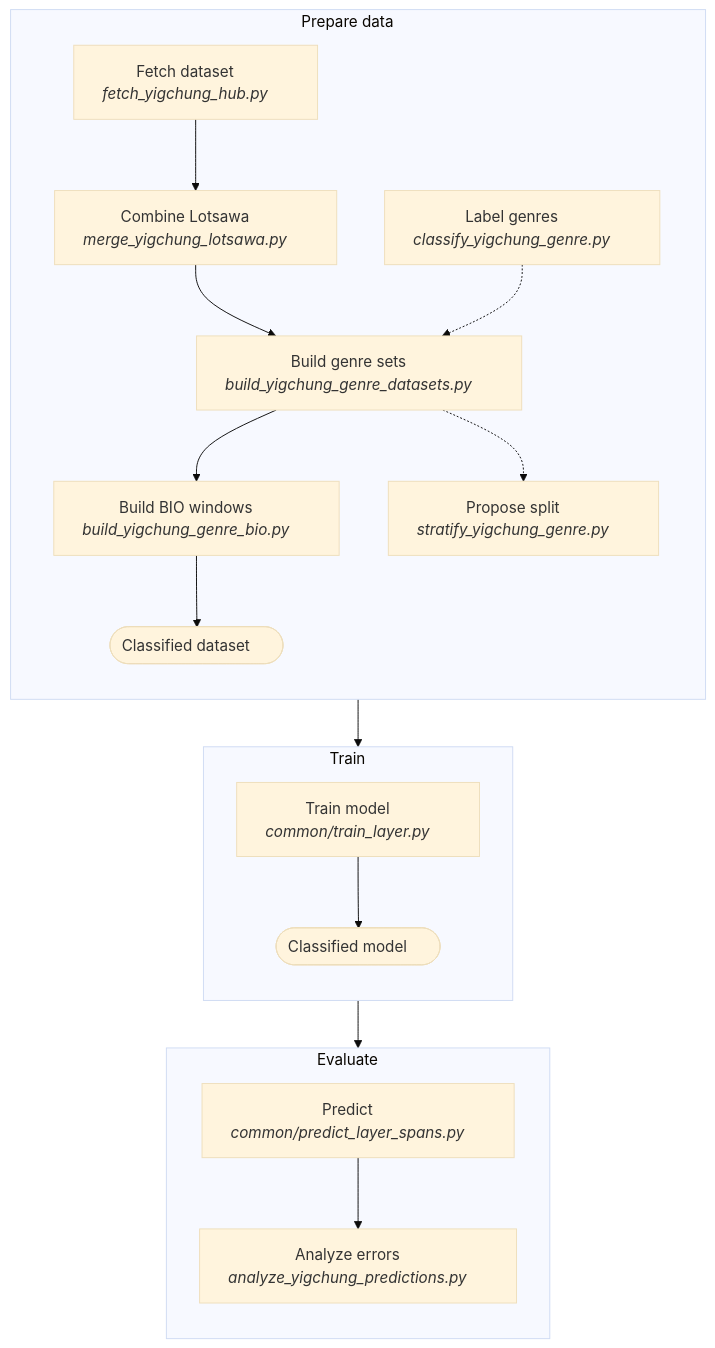
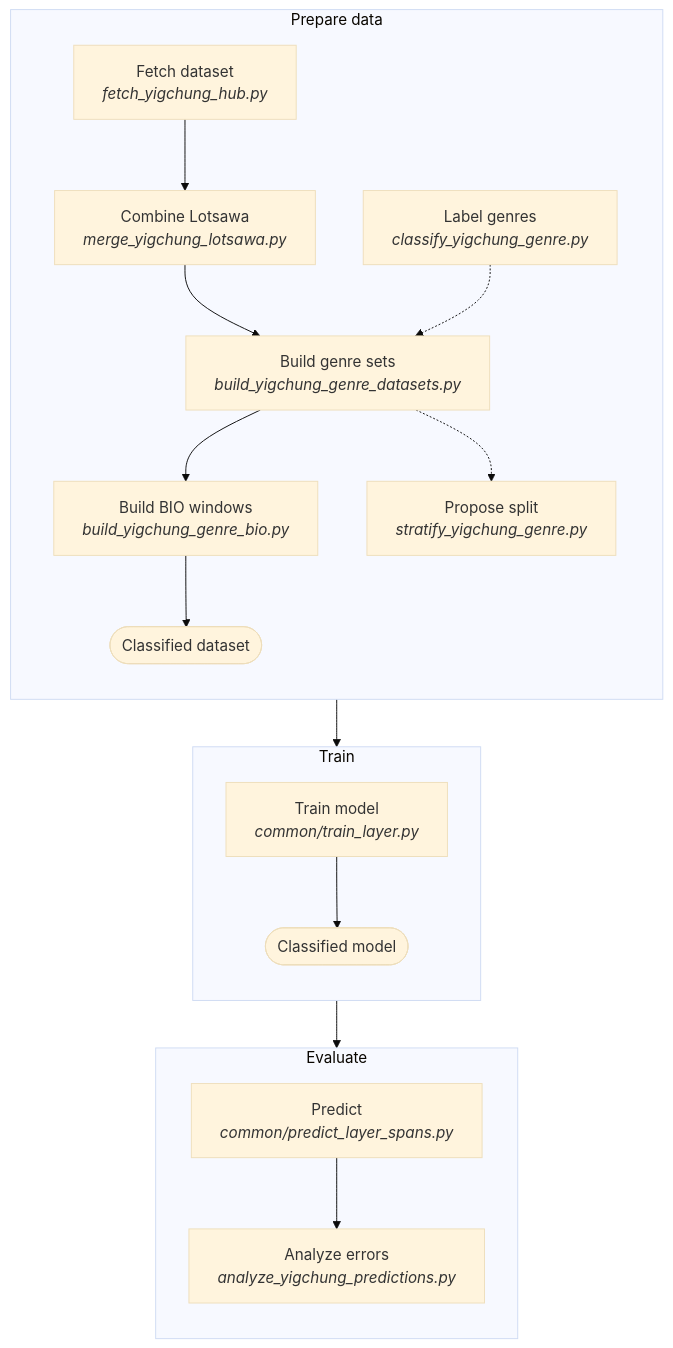
Before and after one commit to tenzinyonten/tibetan-layer-detection: the second of 2 diagrams in yigchung/README.md, drawn with Mermaid (base theme). The commit also changed other lines of this file and 8 other files, not shown here.

Commit message:
Flowcharts: draw labels as SVG text instead of HTML, drop padding

````diff
--- a/yigchung/README.md
+++ b/yigchung/README.md
@@ -64,22 +65,23 @@
 ```mermaid
+%%{init: {"flowchart": {"htmlLabels": false}}}%%
 flowchart TD
-  subgraph PREP["Prepare data&nbsp;&nbsp;&nbsp;&nbsp;&nbsp;"]
+  subgraph PREP["Prepare data"]
     direction TB
-    S1["Fetch dataset&nbsp;&nbsp;&nbsp;&nbsp;&nbsp;<br/><i>fetch_yigchung_hub.py&nbsp;&nbsp;&nbsp;&nbsp;&nbsp;</i>"] --> S2["Combine Lotsawa&nbsp;&nbsp;&nbsp;&nbsp;&nbsp;<br/><i>merge_yigchung_lotsawa.py&nbsp;&nbsp;&nbsp;&nbsp;&nbsp;</i>"]
-    S2 --> S3["Build genre sets&nbsp;&nbsp;&nbsp;&nbsp;&nbsp;<br/><i>build_yigchung_genre_datasets.py&nbsp;&nbsp;&nbsp;&nbsp;&nbsp;</i>"]
-    S3 --> S4["Build BIO windows&nbsp;&nbsp;&nbsp;&nbsp;&nbsp;<br/><i>build_yigchung_genre_bio.py&nbsp;&nbsp;&nbsp;&nbsp;&nbsp;</i>"]
-    S4 --> F1(["Classified dataset&nbsp;&nbsp;&nbsp;&nbsp;&nbsp;"])
-    S0["Label genres&nbsp;&nbsp;&nbsp;&nbsp;&nbsp;<br/><i>classify_yigchung_genre.py&nbsp;&nbsp;&nbsp;&nbsp;&nbsp;</i>"] -.-> S3
-    S3 -.-> S5["Propose split&nbsp;&nbsp;&nbsp;&nbsp;&nbsp;<br/><i>stratify_yigchung_genre.py&nbsp;&nbsp;&nbsp;&nbsp;&nbsp;</i>"]
+    S1["Fetch dataset<br/><i>fetch_yigchung_hub.py</i>"] --> S2["Combine Lotsawa<br/><i>merge_yigchung_lotsawa.py</i>"]
+    S2 --> S3["Build genre sets<br/><i>build_yigchung_genre_datasets.py</i>"]
+    S3 --> S4["Build BIO windows<br/><i>build_yigchung_genre_bio.py</i>"]
+    S4 --> F1(["Classified dataset"])
+    S0["Label genres<br/><i>classify_yigchung_genre.py</i>"] -.-> S3
+    S3 -.-> S5["Propose split<br/><i>stratify_yigchung_genre.py</i>"]
   end
-  subgraph TRAIN["Train&nbsp;&nbsp;&nbsp;&nbsp;&nbsp;"]
+  subgraph TRAIN["Train"]
     direction TB
-    T1["Train model&nbsp;&nbsp;&nbsp;&nbsp;&nbsp;<br/><i>common/train_layer.py&nbsp;&nbsp;&nbsp;&nbsp;&nbsp;</i>"] --> F2(["Classified model&nbsp;&nbsp;&nbsp;&nbsp;&nbsp;"])
+    T1["Train model<br/><i>common/train_layer.py</i>"] --> F2(["Classified model"])
   end
-  subgraph EVAL["Evaluate&nbsp;&nbsp;&nbsp;&nbsp;&nbsp;"]
+  subgraph EVAL["Evaluate"]
     direction TB
-    E1["Predict&nbsp;&nbsp;&nbsp;&nbsp;&nbsp;<br/><i>common/predict_layer_spans.py&nbsp;&nbsp;&nbsp;&nbsp;&nbsp;</i>"] --> E2["Analyze errors&nbsp;&nbsp;&nbsp;&nbsp;&nbsp;<br/><i>analyze_yigchung_predictions.py&nbsp;&nbsp;&nbsp;&nbsp;&nbsp;</i>"]
+    E1["Predict<br/><i>common/predict_layer_spans.py</i>"] --> E2["Analyze errors<br/><i>analyze_yigchung_predictions.py</i>"]
   end
   PREP --> TRAIN
   TRAIN --> EVAL
 ```
````
